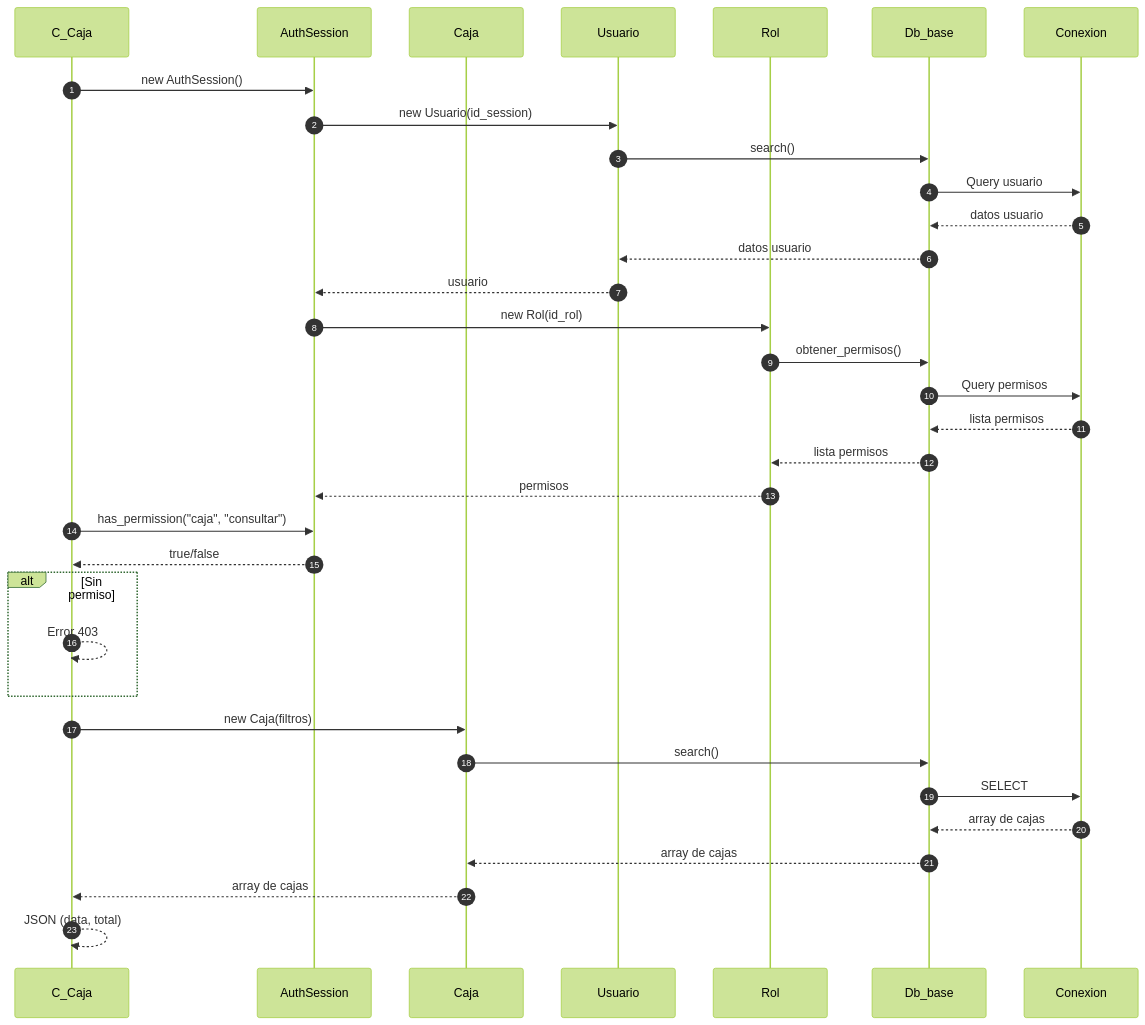
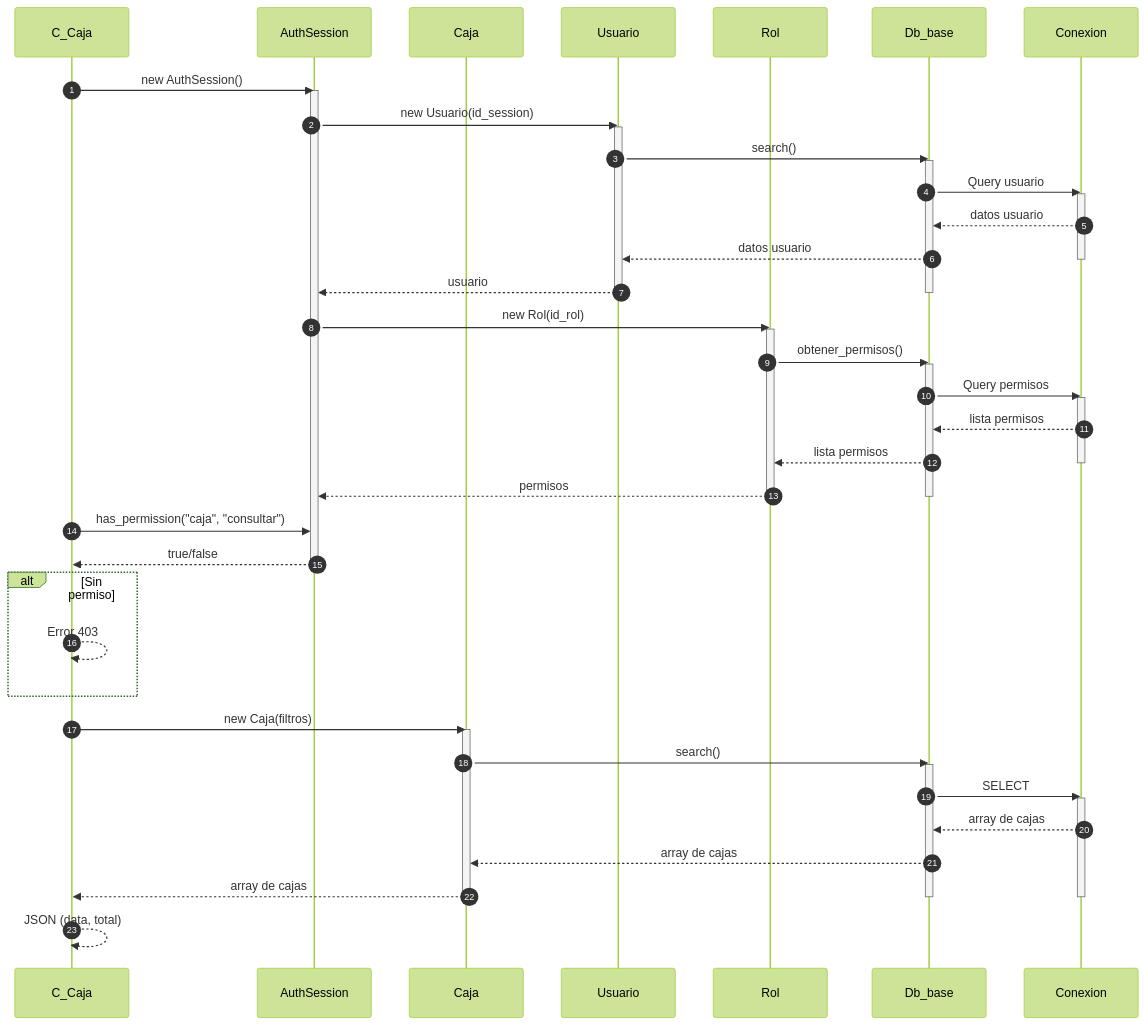
The second of 5 diagrams in docs/secuencia/caja/caja.md (Tecrato/BurgerHouse), drawn with Mermaid (forest theme) before and after one commit. The commit also changed other lines of this file and 16 other files, not shown here.

First line of the commit message:
Annotate mermaid sequences & throttle generator

````diff
--- a/docs/secuencia/caja/caja.md
+++ b/docs/secuencia/caja/caja.md
@@ -51,42 +75,62 @@
 ```mermaid
 sequenceDiagram
     autonumber
     participant C_Caja as C_Caja
     participant AuthSession as AuthSession
     participant Caja as Caja
     participant Usuario as Usuario
     participant Rol as Rol
     participant Db_base as Db_base
     participant Conexion as Conexion
     
     C_Caja->>AuthSession: new AuthSession()
+    activate AuthSession
     AuthSession->>Usuario: new Usuario(id_session)
+    activate Usuario
     Usuario->>Db_base: search()
+    activate Db_base
     Db_base->>Conexion: Query usuario
+    activate Conexion
     Conexion-->>Db_base: datos usuario
     Db_base-->>Usuario: datos usuario
+    deactivate Conexion
     Usuario-->>AuthSession: usuario
+    deactivate Usuario
+    deactivate Db_base
     
     AuthSession->>Rol: new Rol(id_rol)
+    activate Rol
     Rol->>Db_base: obtener_permisos()
+    activate Db_base
     Db_base->>Conexion: Query permisos
+    activate Conexion
     Conexion-->>Db_base: lista permisos
     Db_base-->>Rol: lista permisos
+    deactivate Conexion
     Rol-->>AuthSession: permisos
+    deactivate Rol
+    deactivate Db_base
     
     C_Caja->>AuthSession: has_permission("caja", "consultar")
     AuthSession-->>C_Caja: true/false
+    deactivate AuthSession
     
     alt Sin permiso
         C_Caja-->>C_Caja: Error 403
     end
     
     C_Caja->>Caja: new Caja(filtros)
+    activate Caja
     Caja->>Db_base: search()
+    activate Db_base
     Db_base->>Conexion: SELECT
+    activate Conexion
     Conexion-->>Db_base: array de cajas
     Db_base-->>Caja: array de cajas
     Caja-->>C_Caja: array de cajas
+    deactivate Caja
+    deactivate Conexion
+    deactivate Db_base
     
     C_Caja-->>C_Caja: JSON (data, total)
 ```
````
